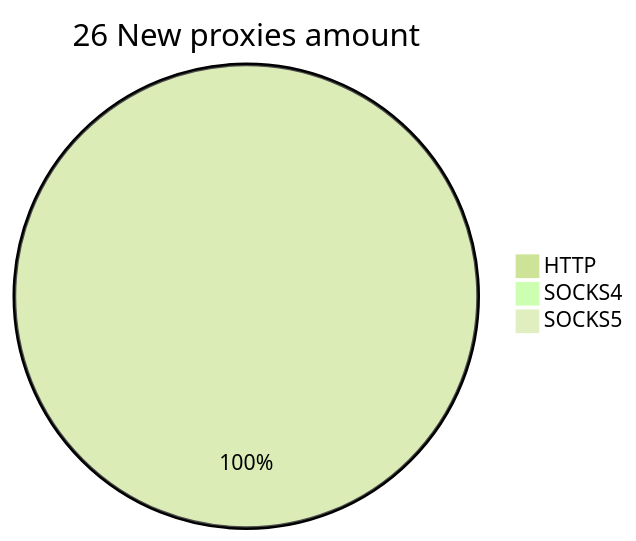
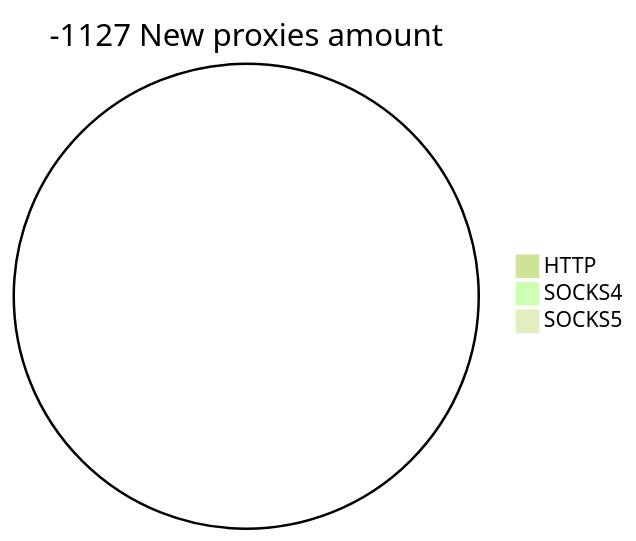
Before and after one commit to cutipu/proxylist: the second of 2 diagrams in README.md, drawn with Mermaid (forest theme). The commit also changed other lines of this file, not shown here.

````diff
--- a/README.md
+++ b/README.md
@@ -10,6 +10,6 @@
 ```mermaid
-pie title 26 New proxies amount
-    "HTTP" : 81
+pie title -1127 New proxies amount
+    "HTTP" : 0
     "SOCKS4" : 0
     "SOCKS5" : 0
 ```
````
